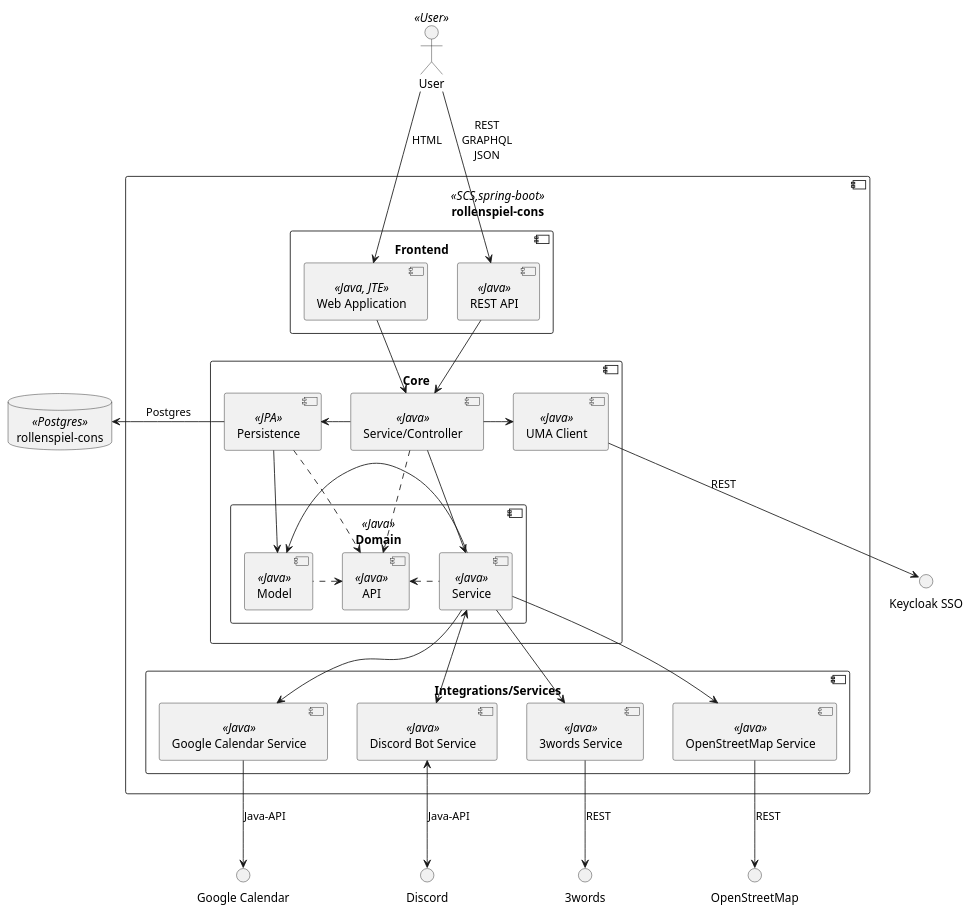
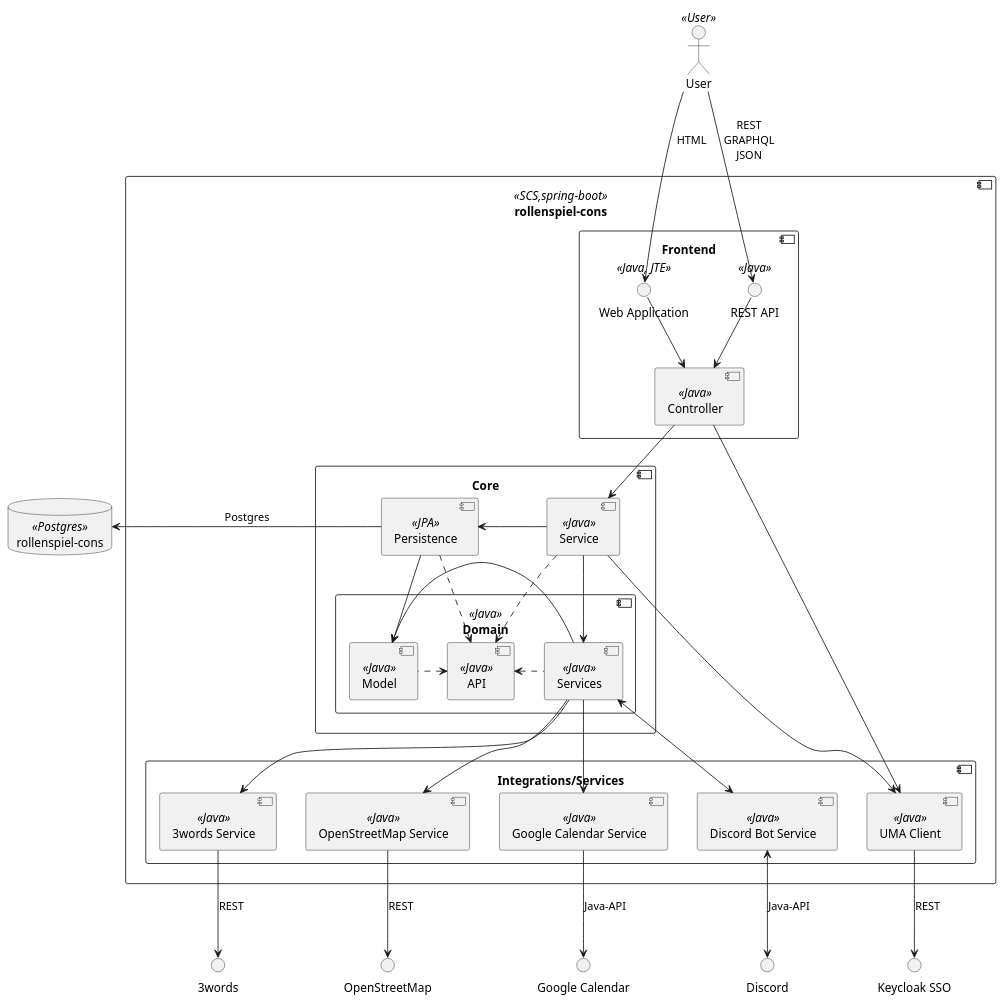
The diagram in docs/modules/arc42/pages/05_building_block_view/level_2_scs.adoc (Paladins-Inn/rollenspiel-cons), drawn with PlantUML before and after one commit. The commit also changed other lines of this file and 10 other files, not shown here.

```diff
--- a/docs/modules/arc42/pages/05_building_block_view/level_2_scs.adoc
+++ b/docs/modules/arc42/pages/05_building_block_view/level_2_scs.adoc
@@ -4,72 +5,76 @@
 [plantuml, scs-level-2]
 ----
 @startuml scs-level-2
 
 actor "User" <<User>> as ingress
 
   database "rollenspiel-cons" <<Postgres>> as data
   circle "Keycloak SSO" as keycloak
 
 component "rollenspiel-cons" <<SCS,spring-boot>> as service {
   component "Frontend" as frontend {
-    [Web Application] <<Java, JTE>> as app
-    [REST API] <<Java>> as api
+    interface "Web Application" <<Java, JTE>> as app
+    interface "REST API" <<Java>> as api
+    [Controller] <<Java>> as controller
   }
 
 
   component "Core" as core {
-    [Service/Controller] <<Java>> as servicecore
+    [Service] <<Java>> as servicecore
     [Persistence] <<JPA>> as persistence
     component "Domain" <<Java>> as domain {
       [API] <<Java>> as apicore
       [Model] <<Java>> as model
-      [Service] <<Java>> as domainservice
+      [Services] <<Java>> as services
     }
-    [UMA Client] <<Java>> as uma
   }
 
 
   component "Integrations/Services" as integrations {
     [Google Calendar Service] <<Java>> as gcalsvc
     [Discord Bot Service] <<Java>> as discordsvc
     [3words Service] <<Java>> as what3wordssvc
     [OpenStreetMap Service] <<Java>> as osmsvc
+    [UMA Client] <<Java>> as uma
   }
 }
 
 ingress --> app : HTML
 ingress --> api : REST\nGRAPHQL\nJSON
 
-app --> servicecore
-api --> servicecore
+app --> controller
+api --> controller
 
-servicecore --> domainservice
+controller --> servicecore
+controller --> uma
+
+servicecore --> services
 servicecore -left-> persistence
 servicecore .down.> apicore
 servicecore -right-> uma
-domainservice -left-> model
-domainservice .left.> apicore
+services -left-> model
+services .left.> apicore
 model .left.> apicore
 
 model <-- persistence
 persistence -left-> data : Postgres
 persistence .down.> apicore
 
-gcalsvc <-up- domainservice
-discordsvc <-up-> domainservice
-what3wordssvc <-up- domainservice
-osmsvc <-up- domainservice
+gcalsvc <-up- services
+discordsvc <-up-> services
+what3wordssvc <-up- services
+osmsvc <-up- services
 
 circle "Google Calendar" as gcal
 circle "Discord" as discord
 circle "OpenStreetMap" as osm
 circle "3words" as what3words
 
 gcalsvc -down-> gcal : Java-API
 discordsvc <-down-> discord : Java-API
-osmsvc -down-> osm : REST
 what3wordssvc -down-> what3words : REST
 uma -down-> keycloak : REST
+osmsvc -down-> osm : REST
 
 @enduml
 ----
```
